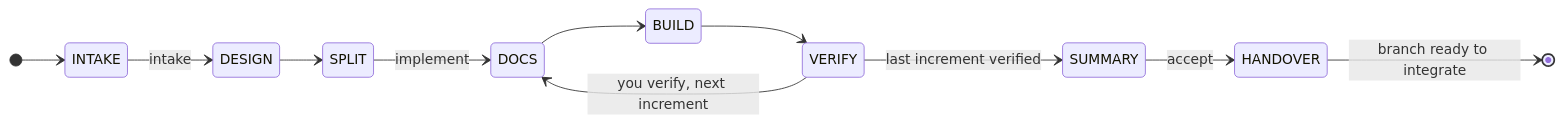
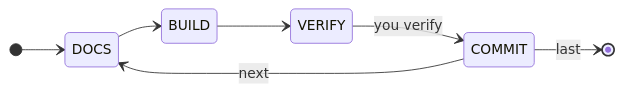
The eighth of 9 diagrams in README.md (an-dr/agents), drawn with Mermaid before and after one commit. The commit also changed other lines of this file and 14 other files, not shown here.

First line of the commit message:
feat(docs): add the diagram convention and split the README flows

````diff
--- a/README.md
+++ b/README.md
@@ -148,14 +187,10 @@
 ```mermaid
 stateDiagram-v2
   direction LR
-  [*] --> INTAKE
-  INTAKE --> DESIGN: intake
-  DESIGN --> SPLIT
-  SPLIT --> DOCS: implement
+  [*] --> DOCS
   DOCS --> BUILD
   BUILD --> VERIFY
-  VERIFY --> DOCS: you verify, next increment
-  VERIFY --> SUMMARY: last increment verified
-  SUMMARY --> HANDOVER: accept
-  HANDOVER --> [*]: branch ready to integrate
+  VERIFY --> COMMIT: you verify
+  COMMIT --> DOCS: next
+  COMMIT --> [*]: last
 ```
````
